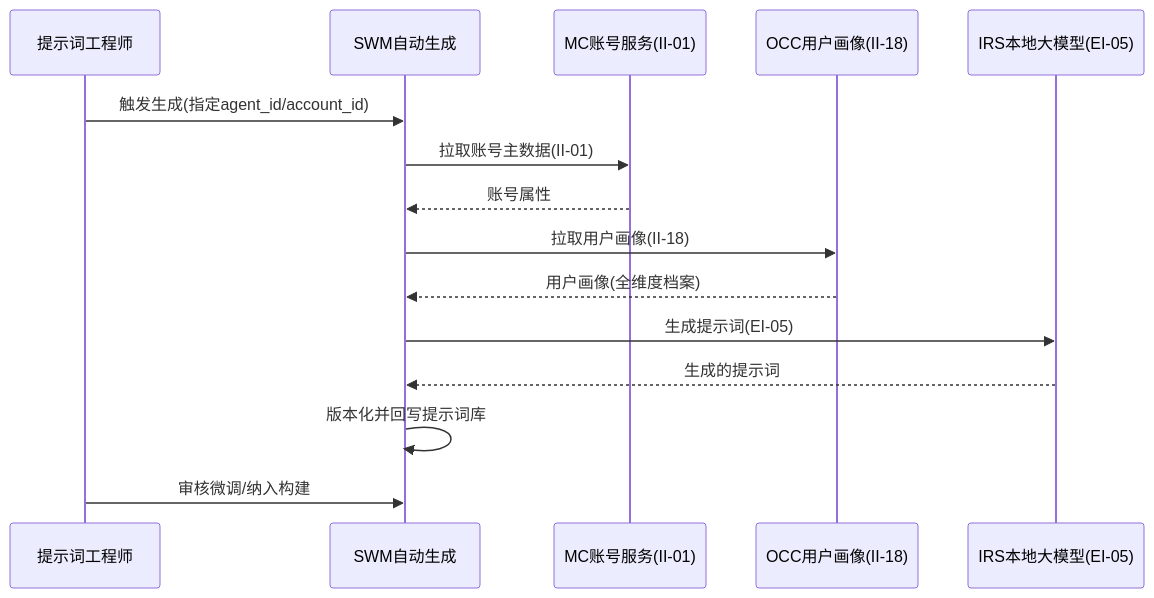
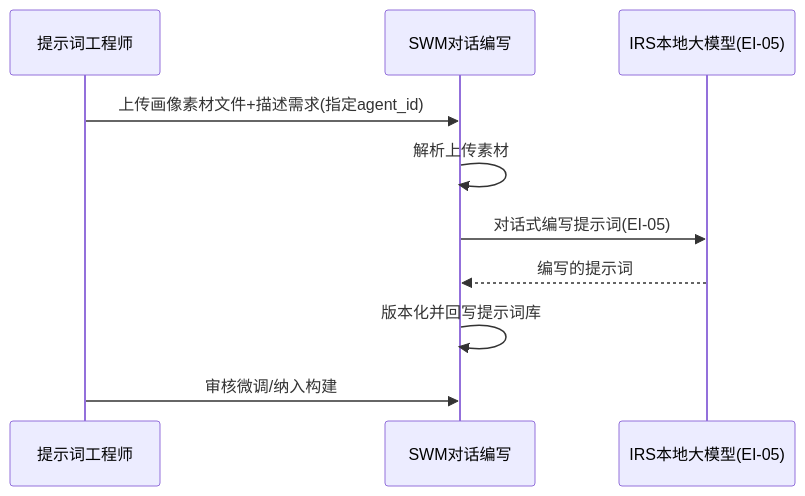
Before and after one commit to Sj-g/obsidian: the tenth of 10 diagrams in 公司项目/认知作战/文档/SRS/软件需求规格说明-SWM子系统.md, drawn with Mermaid. The commit also changed other lines of this file and 9 other files, not shown here.

````diff
--- a/公司项目/认知作战/文档/SRS/软件需求规格说明-SWM子系统.md
+++ b/公司项目/认知作战/文档/SRS/软件需求规格说明-SWM子系统.md
@@ -518,17 +518,12 @@
 ```mermaid
 sequenceDiagram
   participant 工程师 as 提示词工程师
-  participant SWM as SWM自动生成
-  participant MC as MC账号服务(II-01)
-  participant OCC as OCC用户画像(II-18)
+  participant SWM as SWM对话编写
   participant IRS as IRS本地大模型(EI-05)
-  工程师->>SWM: 触发生成(指定agent_id/account_id)
-  SWM->>MC: 拉取账号主数据(II-01)
-  MC-->>SWM: 账号属性
-  SWM->>OCC: 拉取用户画像(II-18)
-  OCC-->>SWM: 用户画像(全维度档案)
-  SWM->>IRS: 生成提示词(EI-05)
-  IRS-->>SWM: 生成的提示词
+  工程师->>SWM: 上传画像素材文件+描述需求(指定agent_id)
+  SWM->>SWM: 解析上传素材
+  SWM->>IRS: 对话式编写提示词(EI-05)
+  IRS-->>SWM: 编写的提示词
   SWM->>SWM: 版本化并回写提示词库
   工程师->>SWM: 审核微调/纳入构建
 ```
````
